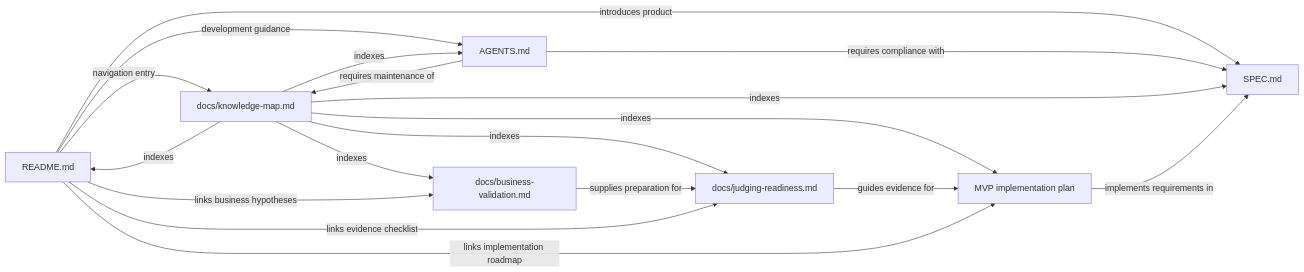
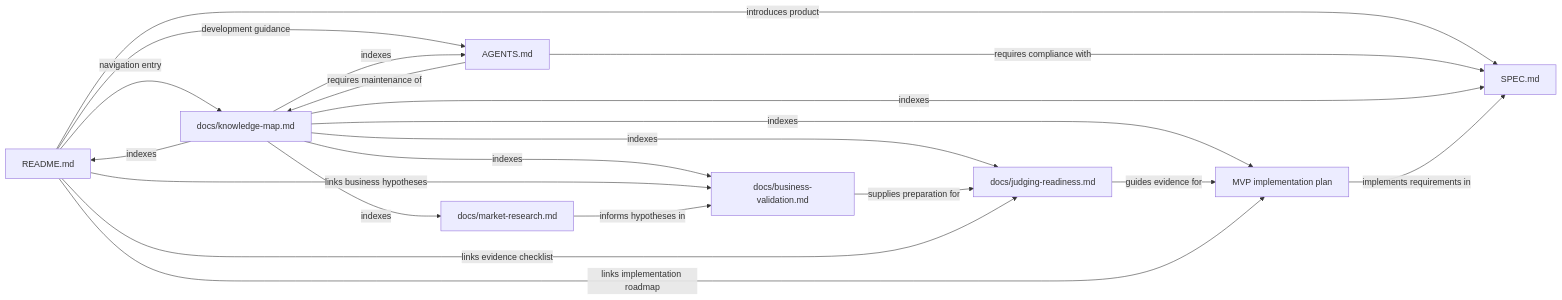
Before and after one commit to DuztyMusketear/Print_Assist: the diagram in docs/knowledge-map.md, drawn with Mermaid. The commit also changed other lines of this file and 4 other files, not shown here.

Commit message:
Add market research and adopt desk-based customer validation

````diff
--- a/docs/knowledge-map.md
+++ b/docs/knowledge-map.md
@@ -11,20 +11,22 @@
 ```mermaid
 graph LR
     README["README.md"] -->|introduces product| SPEC["SPEC.md"]
     README -->|navigation entry| MAP["docs/knowledge-map.md"]
     README -->|development guidance| RULES["AGENTS.md"]
     RULES -->|requires compliance with| SPEC
     RULES -->|requires maintenance of| MAP
     MAP -->|indexes| README
     MAP -->|indexes| SPEC
     MAP -->|indexes| RULES
     PLAN["MVP implementation plan"] -->|implements requirements in| SPEC
     MAP -->|indexes| PLAN
     JUDGING["docs/judging-readiness.md"] -->|guides evidence for| PLAN
     MAP -->|indexes| JUDGING
     BUSINESS["docs/business-validation.md"] -->|supplies preparation for| JUDGING
     MAP -->|indexes| BUSINESS
     README -->|links implementation roadmap| PLAN
     README -->|links evidence checklist| JUDGING
     README -->|links business hypotheses| BUSINESS
+    RESEARCH["docs/market-research.md"] -->|informs hypotheses in| BUSINESS
+    MAP -->|indexes| RESEARCH
 ```
````
